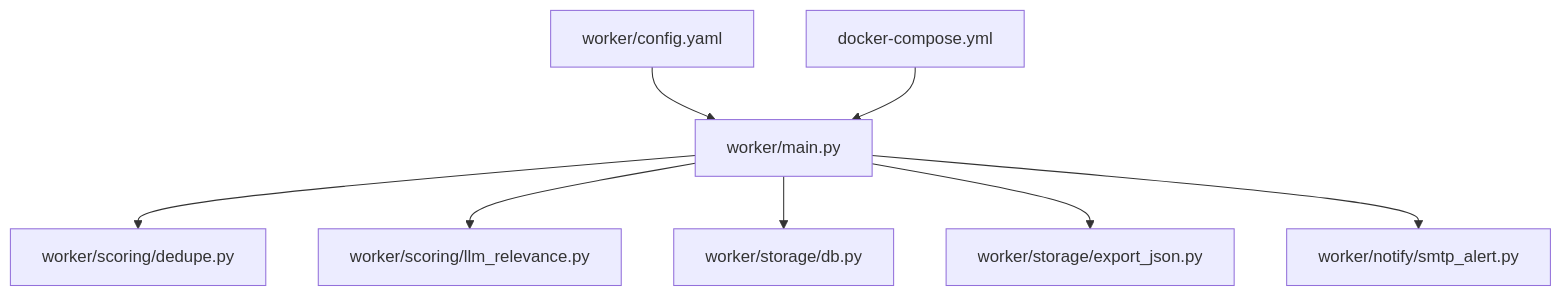
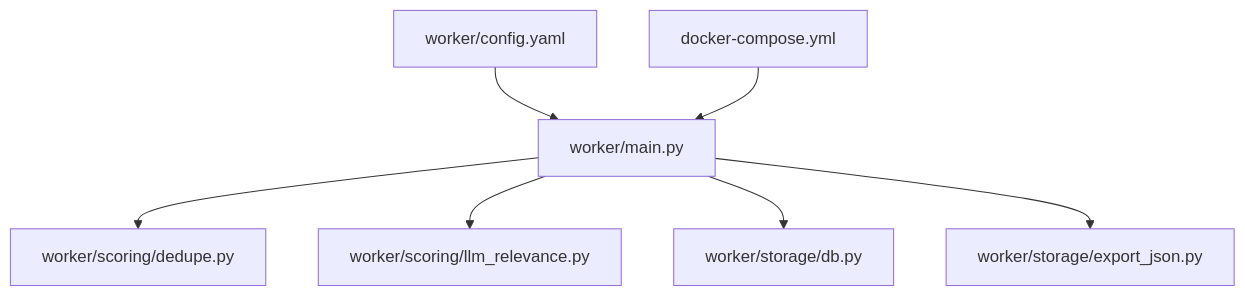
The first of 3 diagrams in .qoder/repowiki/en/content/Configuration Guide/Configuration Guide.md (shakthi-vinayak/news), drawn with Mermaid before and after one commit. The commit also changed other lines of this file and 37 other files, not shown here.

````diff
--- a/.qoder/repowiki/en/content/Configuration Guide/Configuration Guide.md
+++ b/.qoder/repowiki/en/content/Configuration Guide/Configuration Guide.md
@@ -41,18 +46,16 @@
 ```mermaid
 graph TB
 CFG["worker/config.yaml"]
 MAIN["worker/main.py"]
 LLM["worker/scoring/llm_relevance.py"]
 DEDUP["worker/scoring/dedupe.py"]
 DB["worker/storage/db.py"]
 EXPORT["worker/storage/export_json.py"]
-SMTP["worker/notify/smtp_alert.py"]
 DC["docker-compose.yml"]
 CFG --> MAIN
 MAIN --> DEDUP
 MAIN --> LLM
 MAIN --> DB
 MAIN --> EXPORT
-MAIN --> SMTP
 DC --> MAIN
 ```
````
